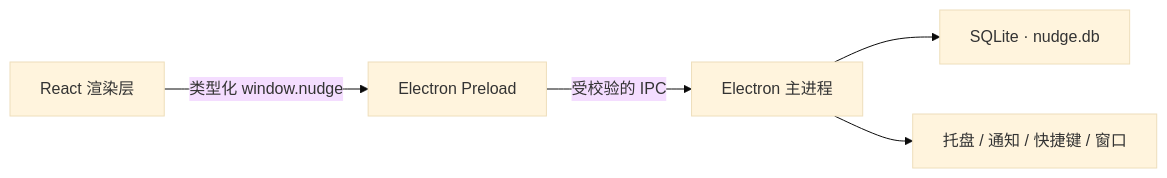
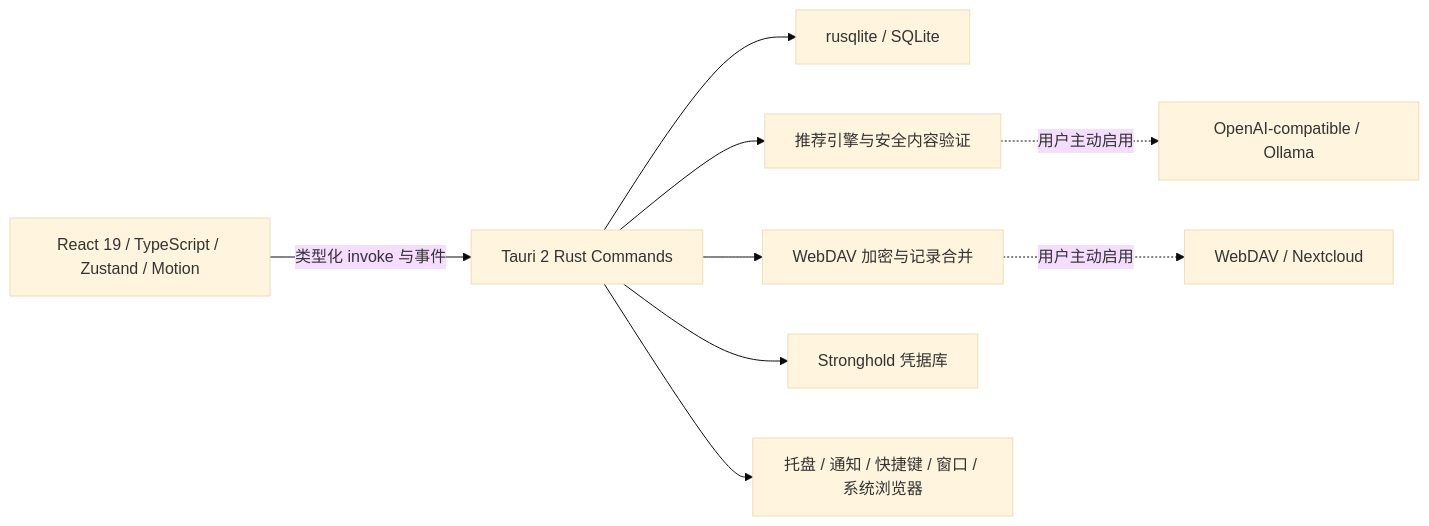
The second of 2 diagrams in README.md (Kirtofu/study-nudge), drawn with Mermaid (base theme) before and after one commit. The commit also changed other lines of this file and 137 other files, not shown here.

````diff
--- a/README.md
+++ b/README.md
@@ -150,7 +227,11 @@
 ```mermaid
 flowchart LR
-  R["React 渲染层"] -->|"类型化 window.nudge"| P["Electron Preload"]
-  P -->|"受校验的 IPC"| M["Electron 主进程"]
-  M --> DB["SQLite · nudge.db"]
-  M --> W["托盘 / 通知 / 快捷键 / 窗口"]
+  UI["React 19 / TypeScript / Zustand / Motion"] -->|"类型化 invoke 与事件"| CMD["Tauri 2 Rust Commands"]
+  CMD --> DB["rusqlite / SQLite"]
+  CMD --> REC["推荐引擎与安全内容验证"]
+  CMD --> SYNC["WebDAV 加密与记录合并"]
+  CMD --> SECRET["Stronghold 凭据库"]
+  CMD --> OS["托盘 / 通知 / 快捷键 / 窗口 / 系统浏览器"]
+  REC -. 用户主动启用 .-> AI["OpenAI-compatible / Ollama"]
+  SYNC -. 用户主动启用 .-> DAV["WebDAV / Nextcloud"]
 ```
````
